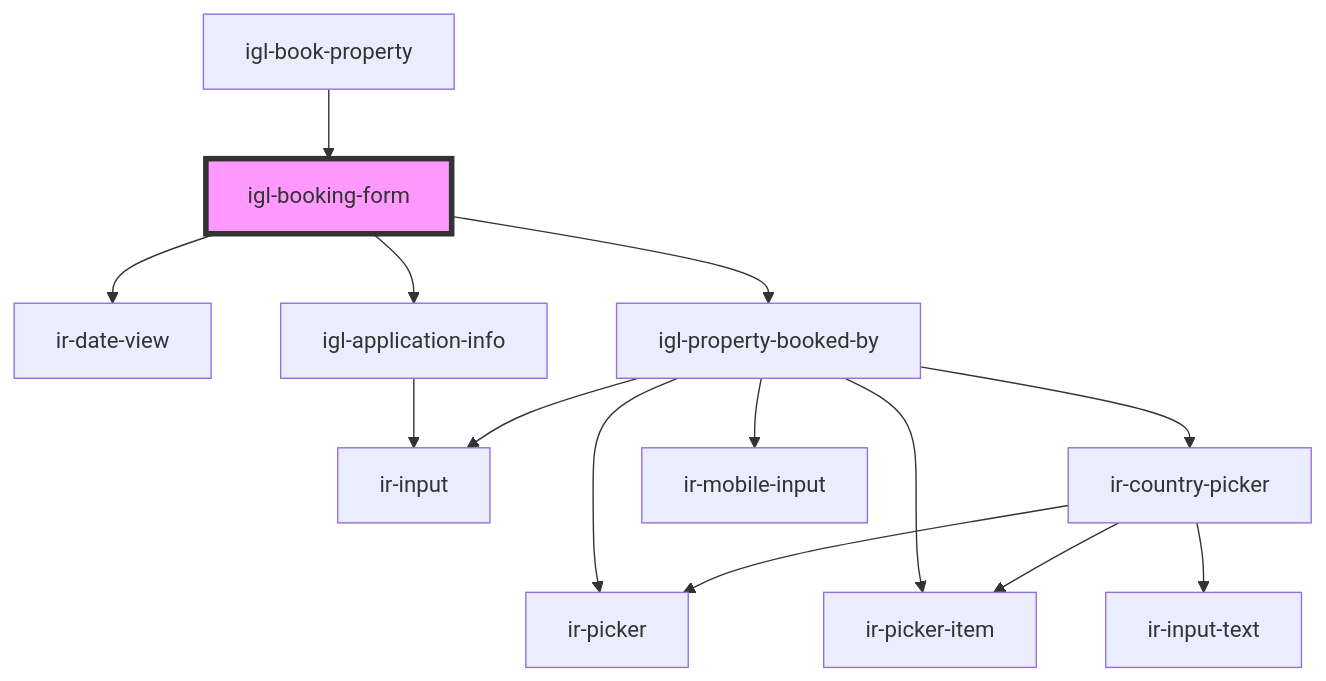
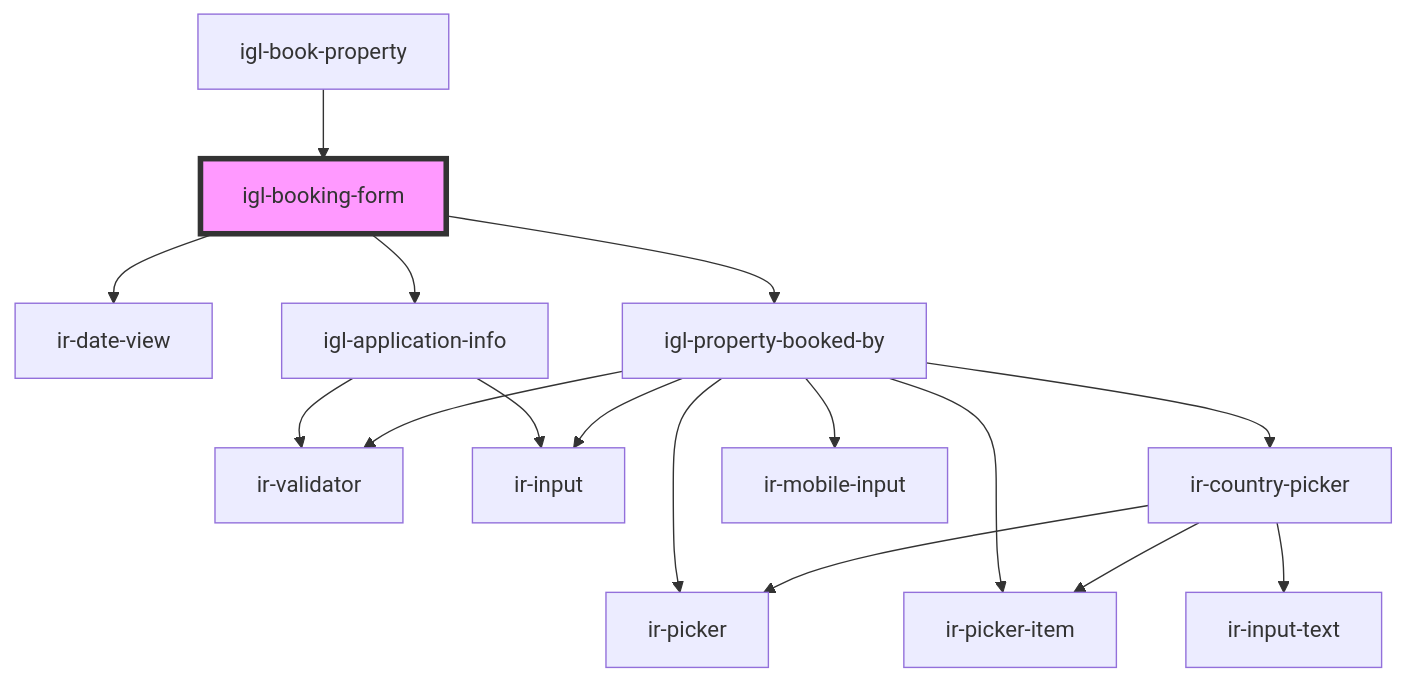
One commit to RonyRizk/ir-webcmp changed the diagram in src/components/igloo-calendar/igl-book-property/igl-booking-form/readme.md. Above: the diagram before and after it, drawn with Mermaid. The commit also changed 30 other files, not shown here.

````diff
--- a/src/components/igloo-calendar/igl-book-property/igl-booking-form/readme.md
+++ b/src/components/igloo-calendar/igl-book-property/igl-booking-form/readme.md
@@ -50,17 +50,19 @@
 ```mermaid
 graph TD;
   igl-booking-form --> ir-date-view
   igl-booking-form --> igl-application-info
   igl-booking-form --> igl-property-booked-by
+  igl-application-info --> ir-validator
   igl-application-info --> ir-input
   igl-property-booked-by --> ir-picker
   igl-property-booked-by --> ir-picker-item
+  igl-property-booked-by --> ir-validator
   igl-property-booked-by --> ir-input
   igl-property-booked-by --> ir-country-picker
   igl-property-booked-by --> ir-mobile-input
   ir-country-picker --> ir-picker
   ir-country-picker --> ir-picker-item
   ir-country-picker --> ir-input-text
   igl-book-property --> igl-booking-form
   style igl-booking-form fill:#f9f,stroke:#333,stroke-width:4px
 ```
````
